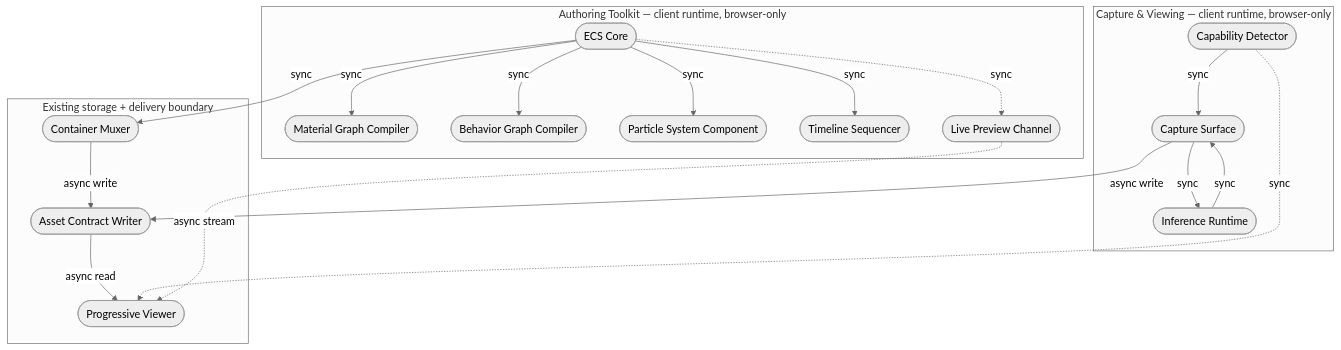
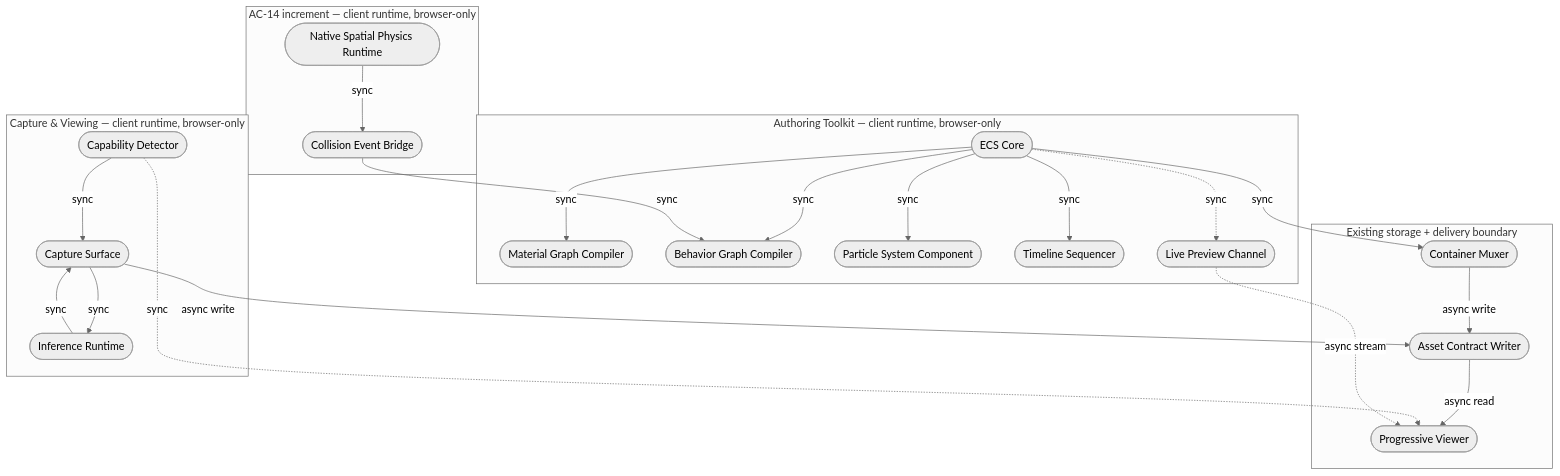
The diagram in docs/documents/knowgrph-ar-vr-xr-prd-tad-adr.md (huijoohwee/agentic-graph), drawn with Mermaid (neutral theme) before and after one commit. The commit also changed other lines of this file and 4 other files, not shown here.

````diff
--- a/docs/documents/knowgrph-ar-vr-xr-prd-tad-adr.md
+++ b/docs/documents/knowgrph-ar-vr-xr-prd-tad-adr.md
@@ -338,35 +472,41 @@
 ```mermaid
 flowchart TB
   subgraph Capture["Capture & Viewing — client runtime, browser-only"]
     CD([Capability Detector])
     CS([Capture Surface])
     IR([Inference Runtime])
     CD -- sync --> CS
     CS -- sync --> IR
     IR -- sync --> CS
   end
   subgraph Authoring["Authoring Toolkit — client runtime, browser-only"]
     ECS([ECS Core])
     MGC([Material Graph Compiler])
     BGC([Behavior Graph Compiler])
     PSC([Particle System Component])
     TS([Timeline Sequencer])
     LPC([Live Preview Channel])
     ECS -- sync --> MGC
     ECS -- sync --> BGC
     ECS -- sync --> PSC
     ECS -- sync --> TS
     ECS -. sync .-> LPC
   end
+  subgraph Simulation["AC-14 increment — client runtime, browser-only"]
+    PHY([Native Spatial Physics Runtime])
+    CEB([Collision Event Bridge])
+    PHY -- sync --> CEB
+    CEB -- sync --> BGC
+  end
   subgraph Delivery["Existing storage + delivery boundary"]
     CM([Container Muxer])
     ACW([Asset Contract Writer])
     PV([Progressive Viewer])
   end
   CS -- async write --> ACW
   ECS -- sync --> CM
   CM -- async write --> ACW
   ACW -- async read --> PV
   CD -. sync .-> PV
   LPC -. async stream .-> PV
 ```
````
